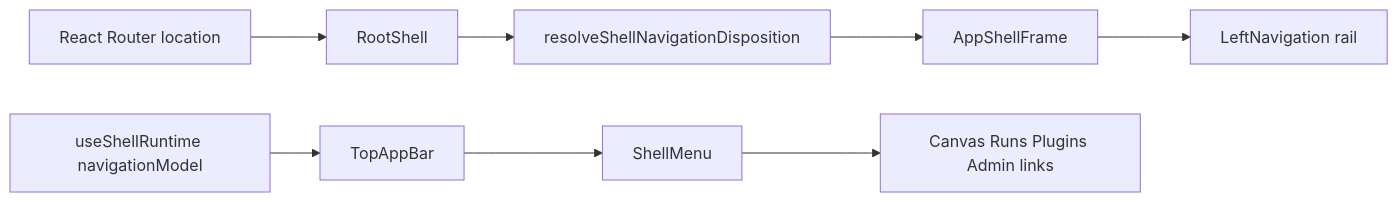
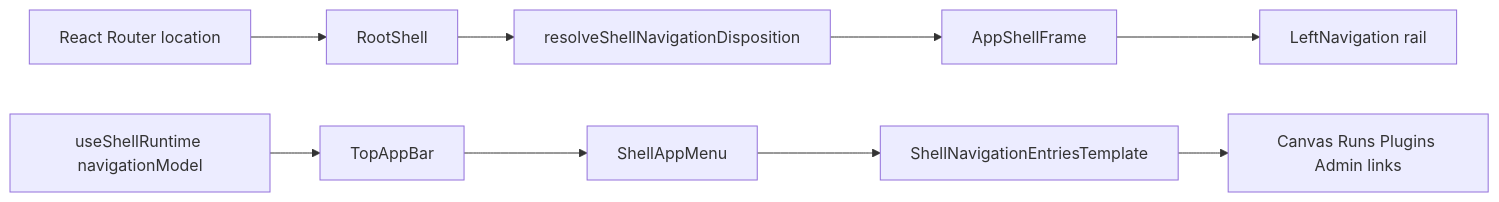
One commit to dunay2/dvt changed the second of 2 diagrams in docs/architecture/components/web/shell-navigation-disposition-component.md. Above: the diagram before and after it, drawn with Mermaid. The commit also changed other lines of this file and 27 other files, not shown here.

````diff
--- a/docs/architecture/components/web/shell-navigation-disposition-component.md
+++ b/docs/architecture/components/web/shell-navigation-disposition-component.md
@@ -60,10 +60,11 @@
 ```mermaid
 flowchart LR
   Router[React Router location] --> RootShell
   RootShell --> Disposition[resolveShellNavigationDisposition]
   Disposition --> AppShellFrame
   Runtime[useShellRuntime navigationModel] --> TopAppBar
-  TopAppBar --> ShellMenu
-  ShellMenu --> GlobalLinks[Canvas Runs Plugins Admin links]
+  TopAppBar --> ShellAppMenu
+  ShellAppMenu --> Entries[ShellNavigationEntriesTemplate]
+  Entries --> GlobalLinks[Canvas Runs Plugins Admin links]
   AppShellFrame --> LeftRail[LeftNavigation rail]
 ```
````
